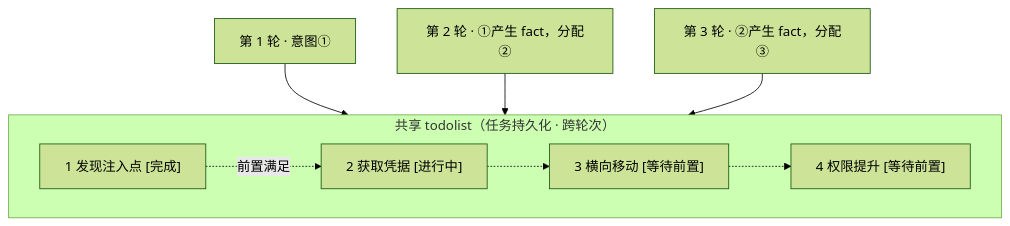
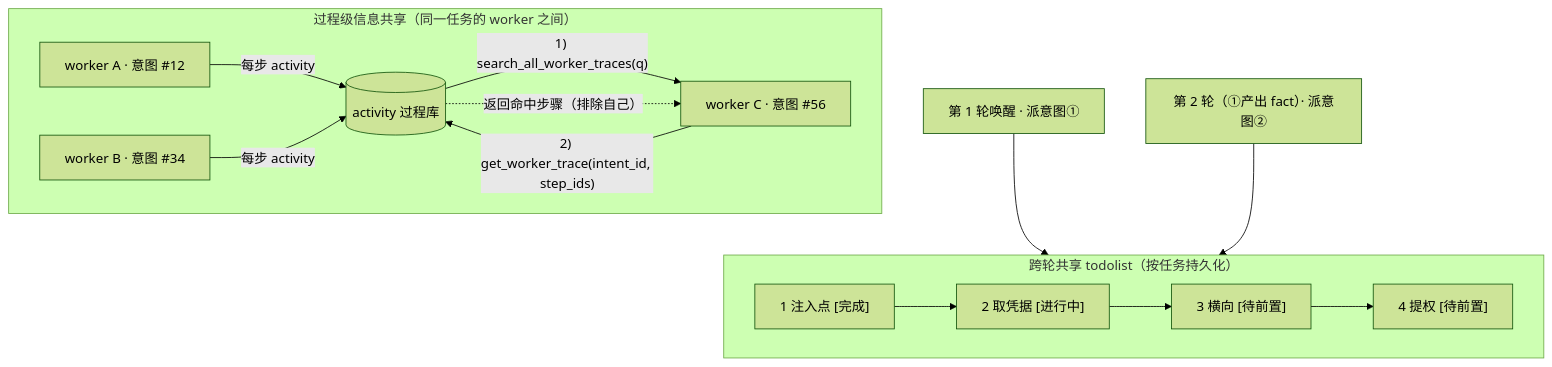
The fourth of 6 diagrams in README.md (j5tv9nfzhn-hue/ARTEX-HYDRA), drawn with Mermaid (forest theme) before and after one commit. The commit also changed other lines of this file and 3 other files, not shown here.

Commit message:
docs: 移除仓库截图预览，系统架构重写为六视图全新展示 [skip ci]

````diff
--- a/README.md
+++ b/README.md
@@ -327,14 +347,19 @@
 ```mermaid
 flowchart TB
-  subgraph TODO["共享 todolist（任务持久化 · 跨轮次）"]
+  subgraph SHARE["过程级信息共享（同一任务的 worker 之间）"]
     direction LR
-    T1["1 发现注入点 [完成]"]
-    T2["2 获取凭据 [进行中]"]
-    T3["3 横向移动 [等待前置]"]
-    T4["4 权限提升 [等待前置]"]
-    T1 -. 前置满足 .-> T2 -.-> T3 -.-> T4
+    WA["worker A · 意图 #12"] -->|"每步 activity"| ACT[("activity 过程库")]
+    WB["worker B · 意图 #34"] -->|"每步 activity"| ACT
+    ACT -->|"1) search_all_worker_traces(q)"| WC["worker C · 意图 #56"]
+    WC -->|"2) get_worker_trace(intent_id, step_ids)"| ACT
+    ACT -.->|"返回命中步骤（排除自己）"| WC
   end
-  R1["第 1 轮 · 意图①"] --> T1
-  R2["第 2 轮 · ①产生 fact，分配②"] --> T2
-  R3["第 3 轮 · ②产生 fact，分配③"] --> T3
+  subgraph TODO["跨轮共享 todolist（按任务持久化）"]
+    direction LR
+    T1["1 注入点 [完成]"] --> T2["2 取凭据 [进行中]"]
+    T2 --> T3["3 横向 [待前置]"]
+    T3 --> T4["4 提权 [待前置]"]
+  end
+  R1["第 1 轮唤醒 · 派意图①"] --> T1
+  R2["第 2 轮（①产出 fact）· 派意图②"] --> T2
 ```
````
